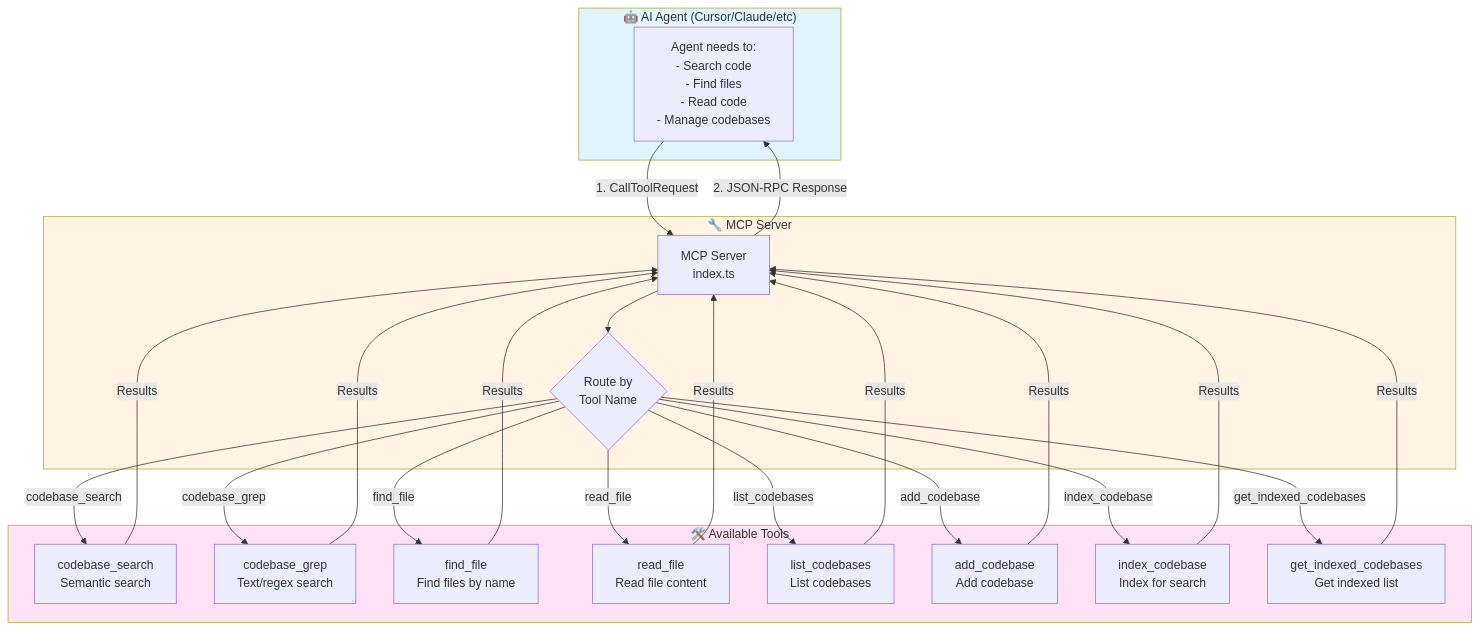
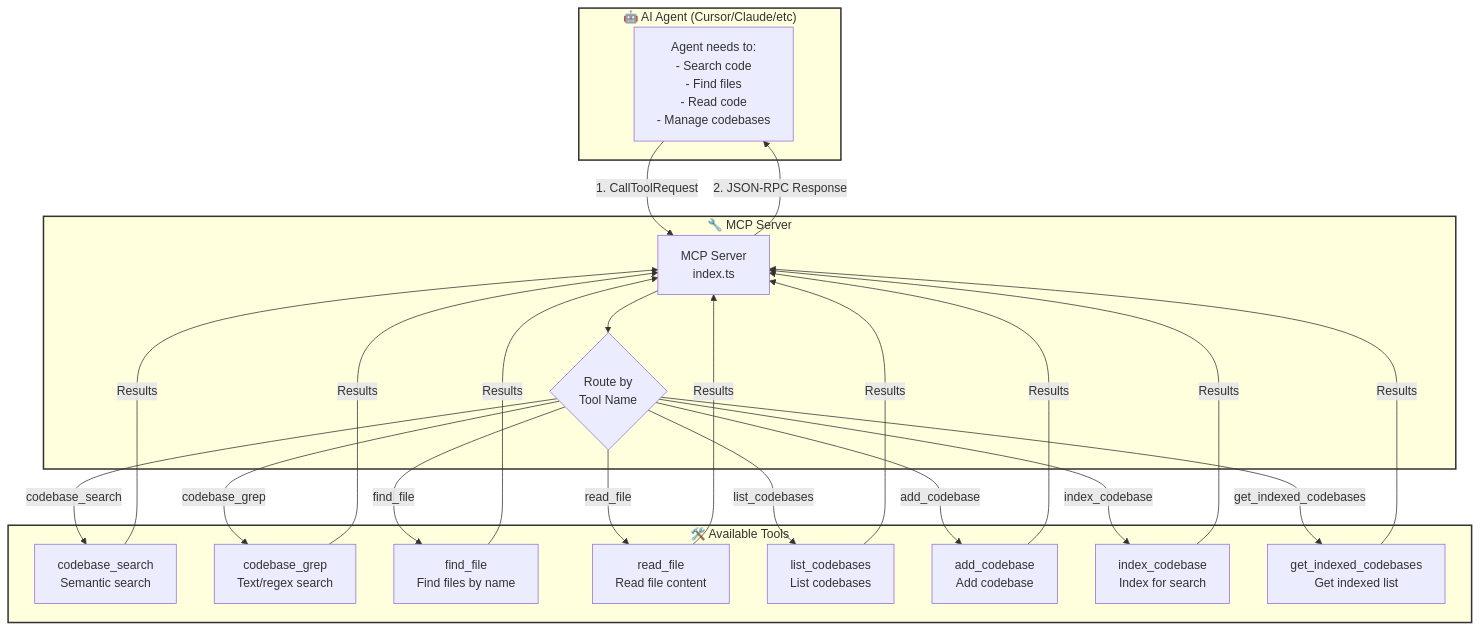
The second of 4 diagrams in README.md (LiuQBinh/simple-rag-code-mcp), drawn with Mermaid before and after one commit. The commit also changed other lines of this file, not shown here.

````diff
--- a/README.md
+++ b/README.md
@@ -21,49 +21,49 @@
 ```mermaid
 flowchart TB
     subgraph Agent["🤖 AI Agent (Cursor/Claude/etc)"]
         AgentRequest["Agent needs to:<br/>- Search code<br/>- Find files<br/>- Read code<br/>- Manage codebases"]
     end
 
     subgraph MCPServer["🔧 MCP Server"]
         Server["MCP Server<br/>index.ts"]
         Router{"Route by<br/>Tool Name"}
     end
 
     subgraph Tools["🛠️ Available Tools"]
         SearchTool["codebase_search<br/>Semantic search"]
         GrepTool["codebase_grep<br/>Text/regex search"]
         FindTool["find_file<br/>Find files by name"]
         ReadTool["read_file<br/>Read file content"]
         ListTool["list_codebases<br/>List codebases"]
         AddTool["add_codebase<br/>Add codebase"]
         IndexTool["index_codebase<br/>Index for search"]
         GetIndexedTool["get_indexed_codebases<br/>Get indexed list"]
     end
 
     AgentRequest -->|"1. CallToolRequest"| Server
     Server --> Router
 
     Router -->|"codebase_search"| SearchTool
     Router -->|"codebase_grep"| GrepTool
     Router -->|"find_file"| FindTool
     Router -->|"read_file"| ReadTool
     Router -->|"list_codebases"| ListTool
     Router -->|"add_codebase"| AddTool
     Router -->|"index_codebase"| IndexTool
     Router -->|"get_indexed_codebases"| GetIndexedTool
 
     SearchTool -->|"Results"| Server
     GrepTool -->|"Results"| Server
     FindTool -->|"Results"| Server
     ReadTool -->|"Results"| Server
     ListTool -->|"Results"| Server
     AddTool -->|"Results"| Server
     IndexTool -->|"Results"| Server
     GetIndexedTool -->|"Results"| Server
 
     Server -->|"2. JSON-RPC Response"| AgentRequest
 
-    style Agent fill:#e1f5ff
-    style MCPServer fill:#fff4e1
-    style Tools fill:#ffe1f5
+    style Agent stroke:#333,stroke-width:2px
+    style MCPServer stroke:#333,stroke-width:2px
+    style Tools stroke:#333,stroke-width:2px
 ```
````
